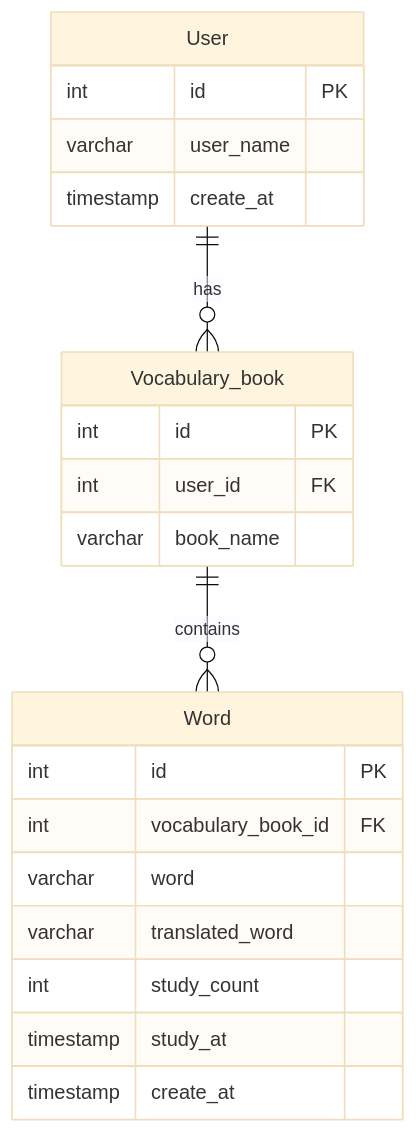
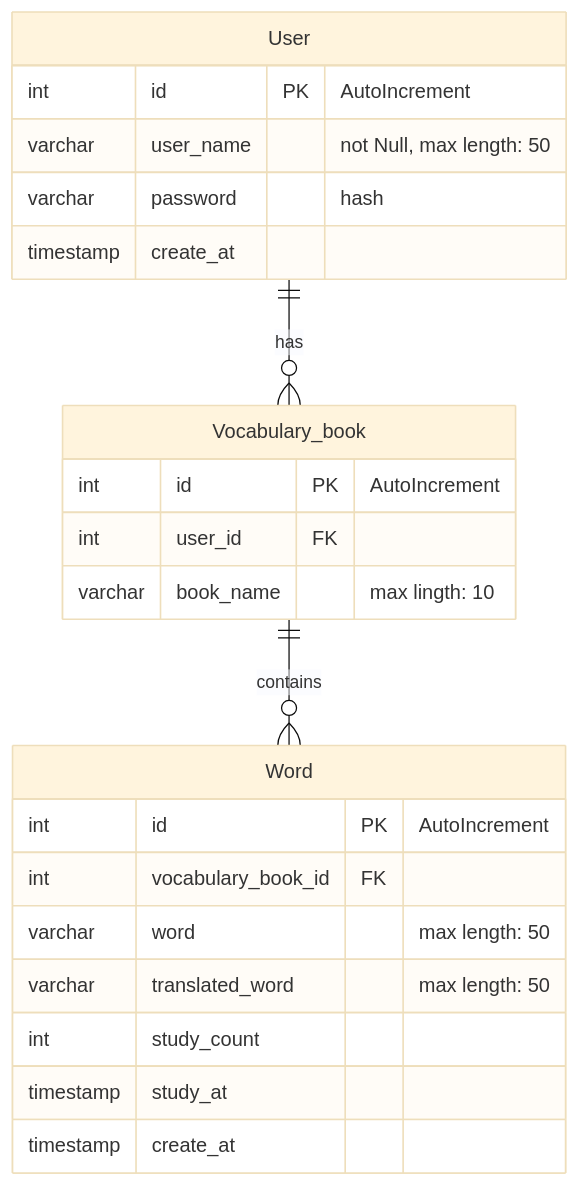
One commit to hisho-123/my-vocabulary-book changed the diagram in backend/README.md. Above: the diagram before and after it, drawn with Mermaid (base theme). The commit also changed other lines of this file and 6 other files, not shown here.

````diff
--- a/backend/README.md
+++ b/backend/README.md
@@ -26,27 +47,28 @@
 ```mermaid
 erDiagram
     User {
-        int id PK
-        varchar user_name
+        int id PK "AutoIncrement"
+        varchar user_name "not Null, max length: 50"
+        varchar password "hash"
         timestamp create_at
     }
 
     Vocabulary_book {
-        int id PK
+        int id PK "AutoIncrement"
         int user_id FK
-        varchar book_name
+        varchar book_name "max lingth: 10"
     }
 
     Word {
-        int id PK
+        int id PK "AutoIncrement"
         int vocabulary_book_id FK
-        varchar word
-        varchar translated_word
+        varchar word "max length: 50"
+        varchar translated_word "max length: 50"
         int study_count
         timestamp study_at
         timestamp create_at
     }
 
     User ||--o{ Vocabulary_book : "has"
     Vocabulary_book ||--o{ Word : "contains"
 ```
````
